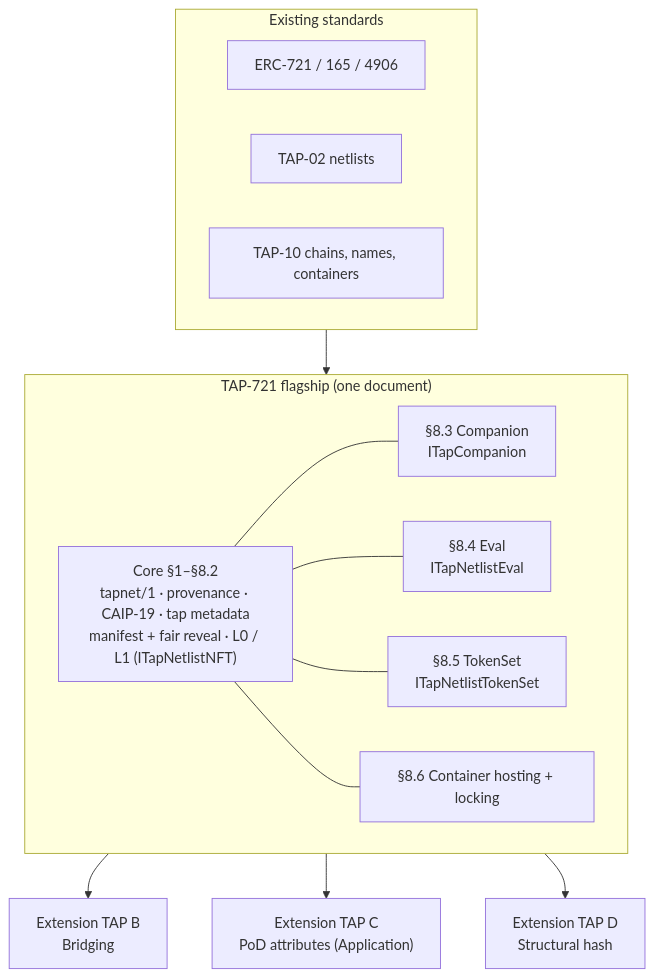
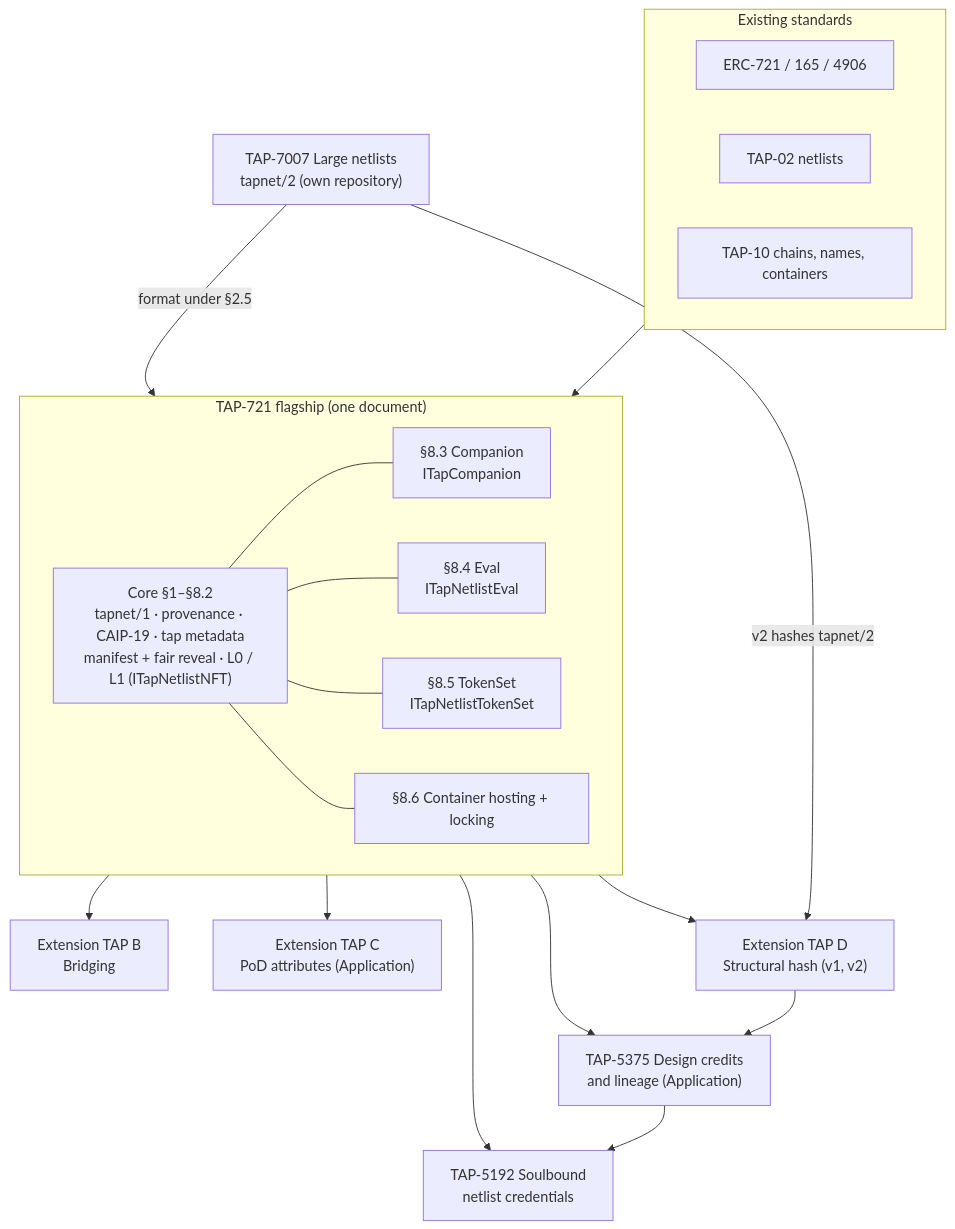
Before and after one commit to BruceLanLan/TAP-721: the first of 4 diagrams in docs/ARCHITECTURE.md, drawn with Mermaid. The commit also changed other lines of this file and 15 other files, not shown here.

````diff
--- a/docs/ARCHITECTURE.md
+++ b/docs/ARCHITECTURE.md
@@ -9,26 +9,35 @@
 ```mermaid
 flowchart TB
   subgraph DEPS["Existing standards"]
     E721["ERC-721 / 165 / 4906"]
     T02["TAP-02 netlists"]
     T10["TAP-10 chains, names, containers"]
   end
   subgraph CORE["TAP-721 flagship (one document)"]
     C0["Core §1–§8.2<br/>tapnet/1 · provenance · CAIP-19 · tap metadata<br/>manifest + fair reveal · L0 / L1 (ITapNetlistNFT)"]
     X1["§8.3 Companion<br/>ITapCompanion"]
     X2["§8.4 Eval<br/>ITapNetlistEval"]
     X3["§8.5 TokenSet<br/>ITapNetlistTokenSet"]
     X4["§8.6 Container hosting + locking"]
     C0 --- X1
     C0 --- X2
     C0 --- X3
     C0 --- X4
   end
   B["Extension TAP B<br/>Bridging"]
   C["Extension TAP C<br/>PoD attributes (Application)"]
-  D["Extension TAP D<br/>Structural hash"]
+  D["Extension TAP D<br/>Structural hash (v1, v2)"]
+  LN["TAP-7007 Large netlists<br/>tapnet/2 (own repository)"]
+  DC["TAP-5375 Design credits<br/>and lineage (Application)"]
+  SB["TAP-5192 Soulbound<br/>netlist credentials"]
   DEPS --> CORE
   CORE --> B
   CORE --> C
   CORE --> D
+  LN -->|"format under §2.5"| CORE
+  LN -->|"v2 hashes tapnet/2"| D
+  CORE --> DC
+  D --> DC
+  CORE --> SB
+  DC --> SB
 ```
````
